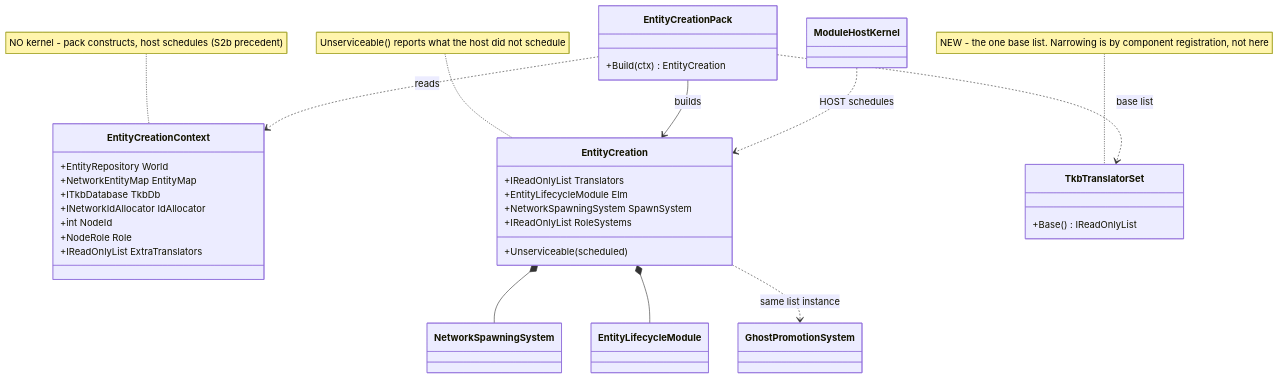
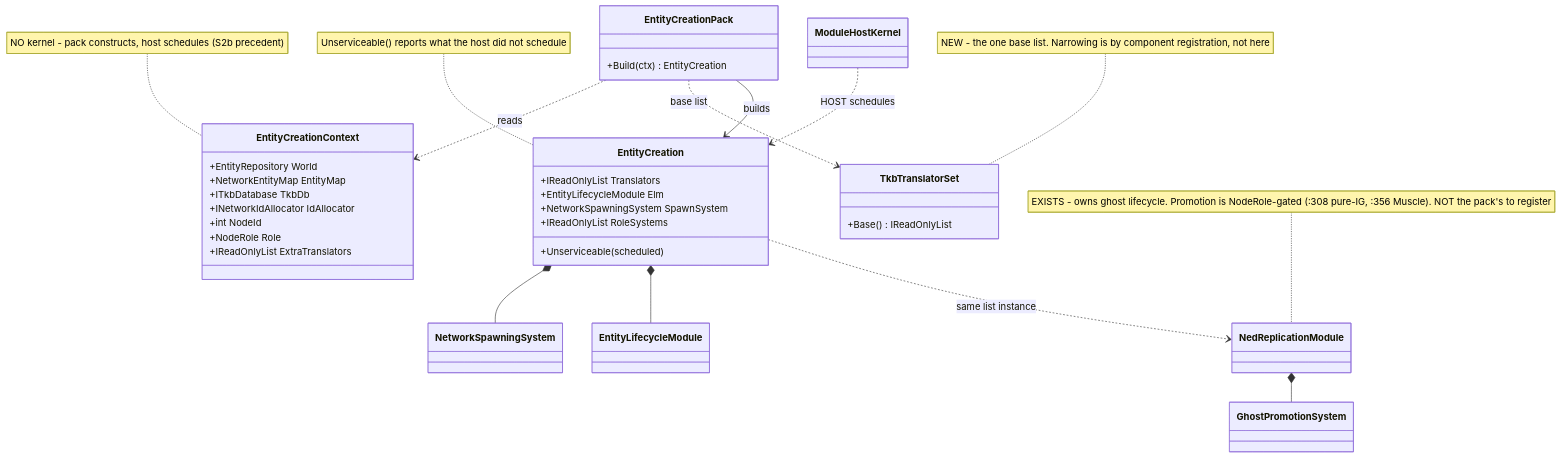
One commit to pjanec/HROT changed the first of 2 diagrams in docs/DESIGN_Entity_Creation_Unification.md. Above: the diagram before and after it, drawn with Mermaid. The commit also changed other lines of this file and 2 other files, not shown here.

First line of the commit message:
docs: graph-verify Q65's inventory and correct Q65-B's mechanism (twice-wrong)

````diff
--- a/docs/DESIGN_Entity_Creation_Unification.md
+++ b/docs/DESIGN_Entity_Creation_Unification.md
@@ -253,41 +263,44 @@
 ```mermaid
 classDiagram
     class EntityCreationContext {
         +EntityRepository World
         +NetworkEntityMap EntityMap
         +ITkbDatabase TkbDb
         +INetworkIdAllocator IdAllocator
         +int NodeId
         +NodeRole Role
         +IReadOnlyList ExtraTranslators
     }
     class EntityCreationPack {
         +Build(ctx) EntityCreation
     }
     class EntityCreation {
         +IReadOnlyList Translators
         +EntityLifecycleModule Elm
         +NetworkSpawningSystem SpawnSystem
         +IReadOnlyList RoleSystems
         +Unserviceable(scheduled)
     }
     class TkbTranslatorSet {
         +Base() IReadOnlyList
     }
     class NetworkSpawningSystem
     class EntityLifecycleModule
+    class NedReplicationModule
     class GhostPromotionSystem
     class ModuleHostKernel
 
     EntityCreationPack ..> EntityCreationContext : reads
     EntityCreationPack ..> TkbTranslatorSet : base list
     EntityCreationPack --> EntityCreation : builds
     EntityCreation *-- NetworkSpawningSystem
     EntityCreation *-- EntityLifecycleModule
-    EntityCreation ..> GhostPromotionSystem : same list instance
+    EntityCreation ..> NedReplicationModule : same list instance
+    NedReplicationModule *-- GhostPromotionSystem
     ModuleHostKernel ..> EntityCreation : HOST schedules
 
+    note for NedReplicationModule "EXISTS - owns ghost lifecycle. Promotion is NodeRole-gated (:308 pure-IG, :356 Muscle). NOT the pack's to register"
     note for EntityCreationContext "NO kernel - pack constructs, host schedules (S2b precedent)"
     note for TkbTranslatorSet "NEW - the one base list. Narrowing is by component registration, not here"
     note for EntityCreation "Unserviceable() reports what the host did not schedule"
 ```
````
